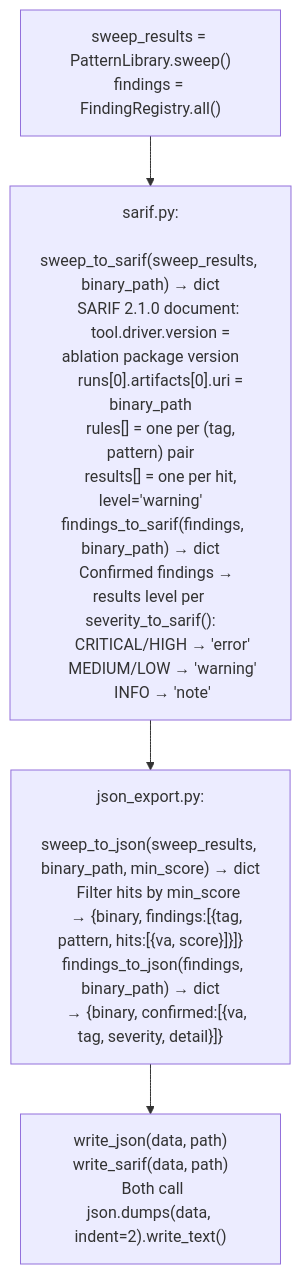
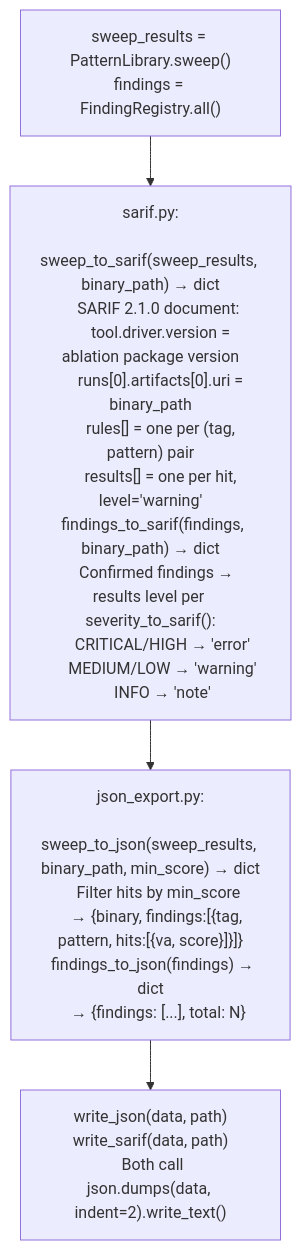
The diagram in docs/reference-modules/json-and-sarif-export.md (Ablation-Tool/ablation), drawn with Mermaid before and after one commit. The commit also changed other lines of this file and 22 other files, not shown here.

````diff
--- a/docs/reference-modules/json-and-sarif-export.md
+++ b/docs/reference-modules/json-and-sarif-export.md
@@ -19,6 +19,6 @@
 ```mermaid
 flowchart TD
     A["sweep_results = PatternLibrary.sweep()\nfindings = FindingRegistry.all()"] --> B["sarif.py:\n  sweep_to_sarif(sweep_results, binary_path) → dict\n    SARIF 2.1.0 document:\n      tool.driver.version = ablation package version\n      runs[0].artifacts[0].uri = binary_path\n      rules[] = one per (tag, pattern) pair\n      results[] = one per hit, level='warning'\n  findings_to_sarif(findings, binary_path) → dict\n    Confirmed findings → results level per severity_to_sarif():\n      CRITICAL/HIGH → 'error'\n      MEDIUM/LOW → 'warning'\n      INFO → 'note'"]
-    B --> C["json_export.py:\n  sweep_to_json(sweep_results, binary_path, min_score) → dict\n    Filter hits by min_score\n    → {binary, findings:[{tag, pattern, hits:[{va, score}]}]}\n  findings_to_json(findings, binary_path) → dict\n    → {binary, confirmed:[{va, tag, severity, detail}]}"]
+    B --> C["json_export.py:\n  sweep_to_json(sweep_results, binary_path, min_score) → dict\n    Filter hits by min_score\n    → {binary, findings:[{tag, pattern, hits:[{va, score}]}]}\n  findings_to_json(findings) → dict\n    → {findings: [...], total: N}"]
     C --> D["write_json(data, path)\nwrite_sarif(data, path)\n  Both call json.dumps(data, indent=2).write_text()"]
 ```
````
